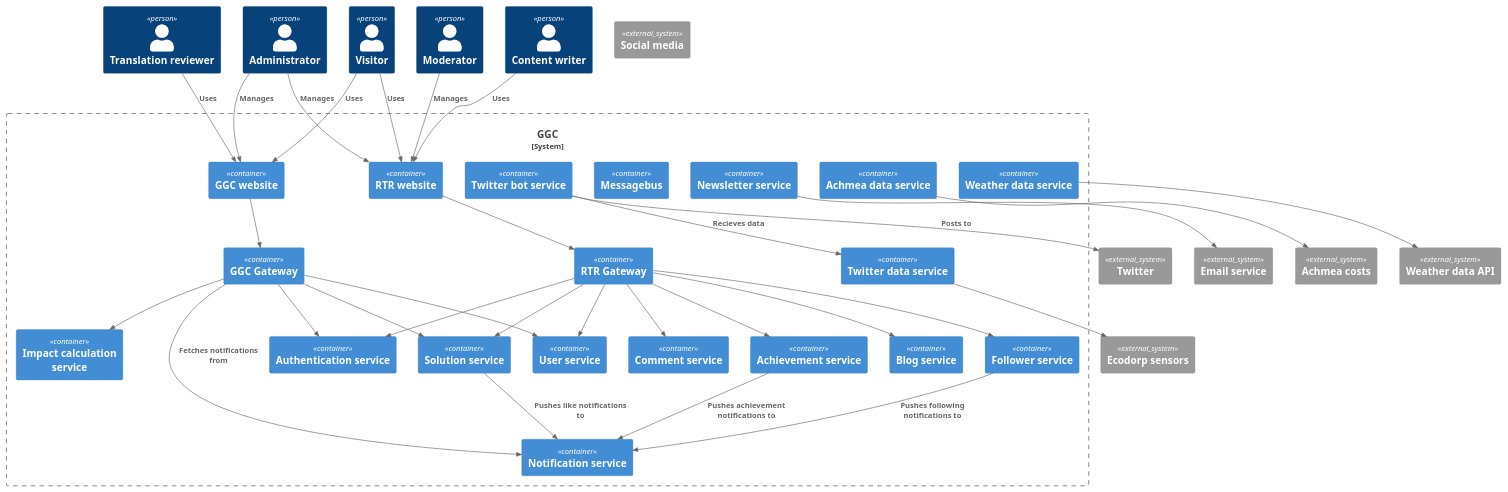
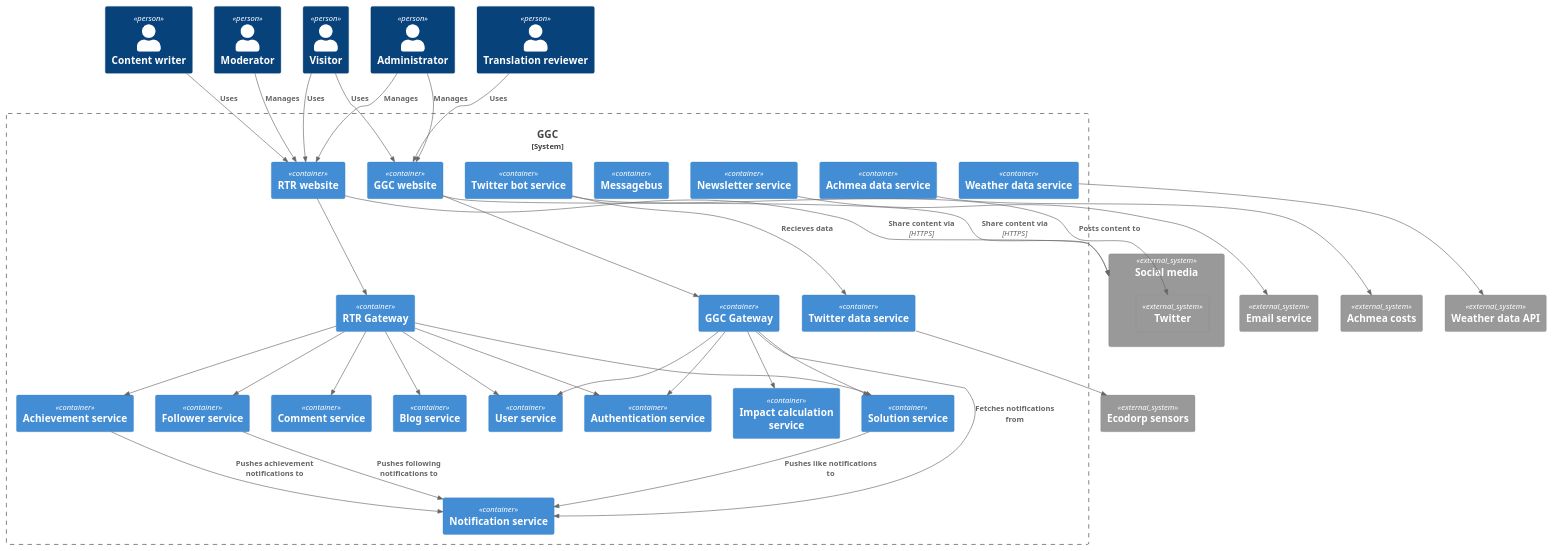
One commit to Fontys-S6-maatwerk/GGCArchitecture changed the diagram in C2.puml. Above: the diagram before and after it, drawn with PlantUML.

Commit message:
Resolve social media structure and relationships
Nested Twitter into Social Media and added HTTPS dependencies from GGC and RTR
websites to social media

```diff
--- a/C2.puml
+++ b/C2.puml
@@ -1,102 +1,106 @@
 @startuml C1 GGC
 !include https://raw.githubusercontent.com/plantuml-stdlib/C4-PlantUML/master/C4_Container.puml
 
 Person(p_admin, "Administrator")
 Person(p_visitor, "Visitor")
 Person(p_contentWriter, "Content writer")
 Person(p_moderator, "Moderator")
 Person(p_translationReviewer, "Translation reviewer")
 
 System_Boundary(s_ggc, "GGC") {
     Container(c_rtrWebsite, "RTR website")
     Container(c_ggcWebsite, "GGC website")
     Container(c_rtrGateway, "RTR Gateway")
     Container(c_ggcGateway, "GGC Gateway")
     Container(c_authService, "Authentication service")
     Container(c_solutionService, "Solution service")
     Container(C_userService, "User service")
     Container(c_achievementService, "Achievement service")
     Container(c_blogService, "Blog service")
     Container(c_impactCalculationService, "Impact calculation service")
     Container(c_twitterBotService, "Twitter bot service")
     Container(c_notificationService, "Notification service")
     Container(c_followerService, "Follower service")
     Container(c_commentService, "Comment service")
 
     Container(messagebus, "Messagebus")
     
     Container(c_newsletterService, "Newsletter service")
     Container(c_achmeaDataService, "Achmea data service")
     Container(c_weatherDataService, "Weather data service")
     Container(c_twitterDataService, "Twitter data service")
 }
 
-System_Ext(s_socialMedia, "Social media")
-System_Ext(s_twitter, "Twitter")
+System_Ext(s_socialMedia, "Social media") {
+    System_Ext(s_twitter, "Twitter")
+}
 System_Ext(s_ecodorpSensors, "Ecodorp sensors")
 System_Ext(s_weatherdataAPI, "Weather data API")
 System_Ext(s_achmeaCosts, "Achmea costs")
 System_Ext(s_emailService, "Email service")
 
 'Website relations
 Rel_D(c_rtrWebsite, c_rtrGateway, "")
 Rel_D(c_ggcWebsite, c_ggcGateway, "")
 
 'Twitter bot relations
-Rel(c_twitterBotService, s_twitter, "Posts to")
+Rel(c_twitterBotService, s_twitter, "Posts content to")
 Rel(c_twitterBotService, c_twitterDataService, "Recieves data")
 
 'RTR gateway relations
 Rel(c_rtrGateway, c_commentService, "")
 Rel(c_rtrGateway, c_solutionService, "")
 Rel(c_rtrGateway, C_userService, "")
 Rel(c_rtrGateway, c_followerService, "")
 Rel(c_rtrGateway, c_blogService, "")
 Rel(c_rtrGateway, c_authService, "")
 Rel(c_rtrGateway, c_achievementService, "")
 
 'GGC Gateway relations
 Rel(c_ggcGateway, c_notificationService, "Fetches notifications from")
 Rel(c_ggcGateway, c_solutionService, "")
 Rel(c_ggcGateway, C_userService, "")
 Rel(c_ggcGateway, c_impactCalculationService, "")
 Rel(c_ggcGateway, c_authService, "")
 
 'data aggregation relations
 Rel(c_weatherDataService, s_weatherdataAPI, "")
 Rel(c_newsletterService, s_emailService, "")
 Rel(c_twitterDataService, s_ecodorpSensors, "")
 Rel(c_achmeaDataService, s_achmeaCosts, "")
 
 Rel_D(p_admin, c_ggcWebsite, "Manages")
 Rel_D(p_admin, c_rtrWebsite, "Manages")
 Rel_D(p_contentWriter, c_rtrWebsite, "Uses")
 Rel_D(p_moderator, c_rtrWebsite, "Manages")
 Rel_D(p_visitor, c_rtrWebsite, "Uses")
 Rel_D(p_visitor, c_ggcWebsite, "Uses")
 Rel_D(p_translationReviewer, c_ggcWebsite, "Uses")
 
 'Notification Service relations
 Rel(c_achievementService, c_notificationService, "Pushes achievement notifications to")
 Rel(c_followerService, c_notificationService, "Pushes following notifications to")
 Rel(c_solutionService, c_notificationService, "Pushes like notifications to")
 
+'Social media relations
+Rel(c_ggcWebsite, s_socialMedia, "Share content via", "HTTPS")
+Rel(c_rtrWebsite, s_socialMedia, "Share content via", "HTTPS")
+
 /'
 Comments Maxime:
 
 Uncertainties
 - how do I add a message bus?
 - does ggc use follower service?
 - is twitterDataService just aggregating data for twitterbot?
-- what posts to social media again?
 - what services listen to the message bus and what services post to it?
 
 TODO:
 - review everything (check for missing relations or incorrect relations)
 - add comments to relations
 - add techniques used per container
 - check for spelling
 - place the messagebus between domain services and data aggregation services
 '/
 
 @enduml
```
